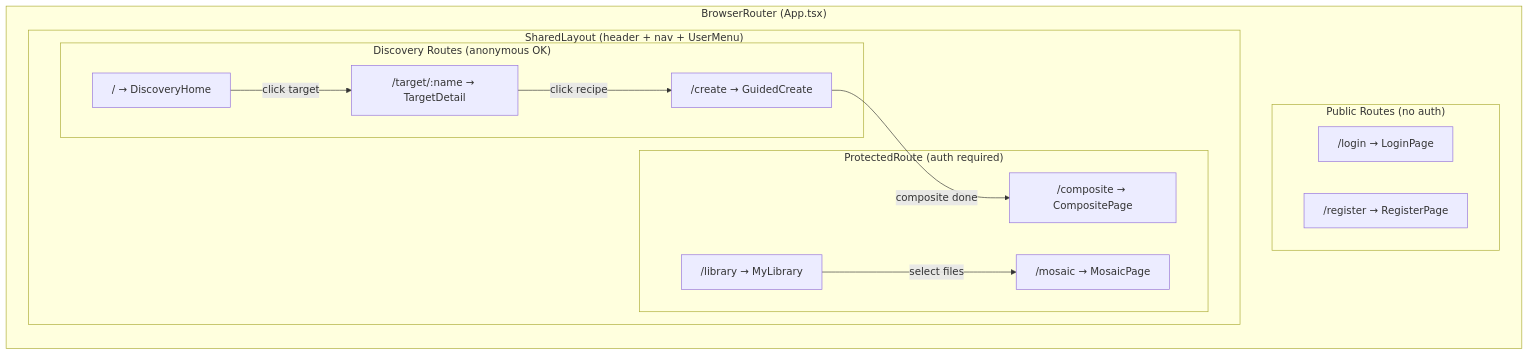
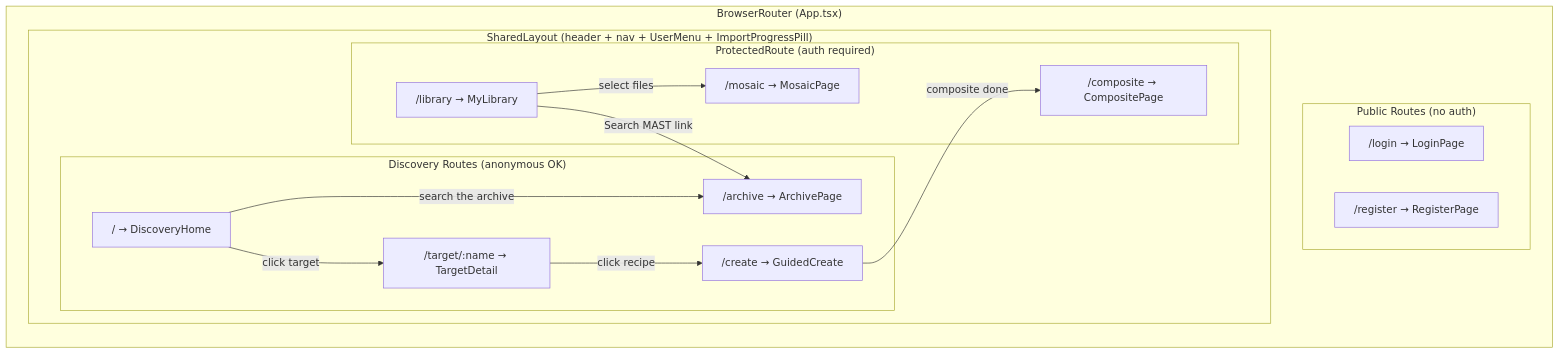
One commit to Snoww3d/jwst-data-analysis changed the first of 2 diagrams in docs/architecture/frontend-architecture.md. Above: the diagram before and after it, drawn with Mermaid. The commit also changed other lines of this file and 47 other files, not shown here.

First line of the commit message:
feat: extract MAST search to public /archive route with global import pill (#1619)

````diff
--- a/docs/architecture/frontend-architecture.md
+++ b/docs/architecture/frontend-architecture.md
@@ -7,30 +7,33 @@
 ```mermaid
 flowchart TB
     subgraph Router["BrowserRouter (App.tsx)"]
         direction TB
 
         subgraph Public["Public Routes (no auth)"]
             Login["/login → LoginPage"]
             Register["/register → RegisterPage"]
         end
 
-        subgraph SharedLayout["SharedLayout (header + nav + UserMenu)"]
+        subgraph SharedLayout["SharedLayout (header + nav + UserMenu + ImportProgressPill)"]
             subgraph Discovery["Discovery Routes (anonymous OK)"]
                 Home["/ → DiscoveryHome"]
                 Target["/target/:name → TargetDetail"]
                 Create["/create → GuidedCreate"]
+                Archive["/archive → ArchivePage"]
             end
 
             subgraph Protected["ProtectedRoute (auth required)"]
                 Library["/library → MyLibrary"]
                 Composite["/composite → CompositePage"]
                 Mosaic["/mosaic → MosaicPage"]
             end
         end
     end
 
     Home -->|click target| Target
+    Home -->|search the archive| Archive
     Target -->|click recipe| Create
     Create -->|composite done| Composite
+    Library -->|Search MAST link| Archive
     Library -->|select files| Mosaic
 ```
````
